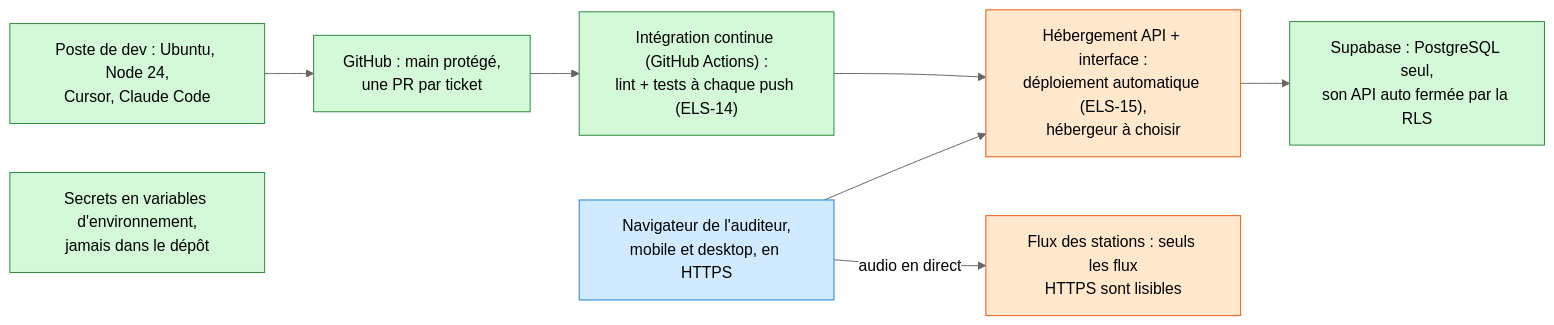
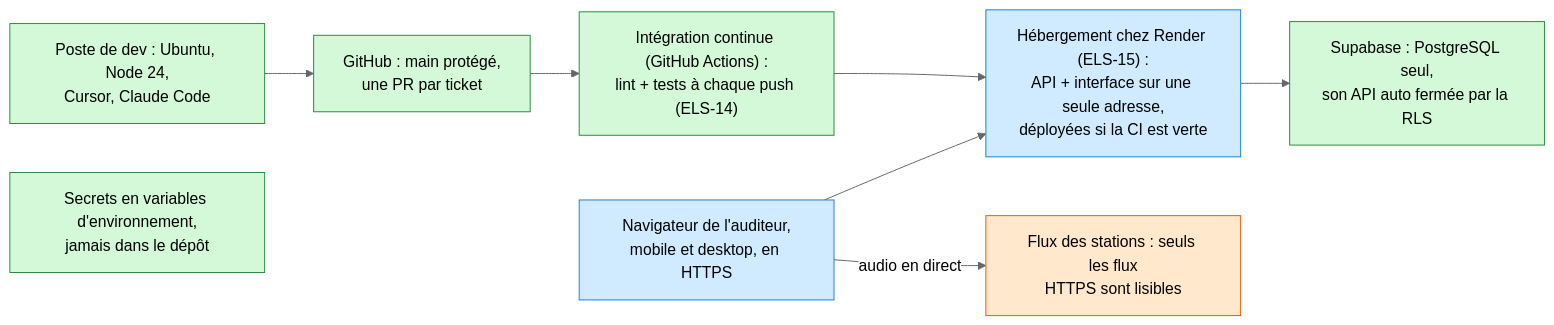
The fourth of 7 diagrams in docs/architecture.md (gvlaurent/elsewhere), drawn with Mermaid (neutral theme) before and after one commit. The commit also changed other lines of this file and 3 other files, not shown here.

First line of the commit message:
feat: met en ligne l'API et l'interface chez Render, seulement si la CI est verte (ELS-15) (#32)

````diff
--- a/docs/architecture.md
+++ b/docs/architecture.md
@@ -113,19 +113,19 @@
 ```mermaid
 flowchart LR
     T1["Poste de dev : Ubuntu, Node 24,<br/>Cursor, Claude Code"]:::code
     T2["GitHub : main protégé,<br/>une PR par ticket"]:::code
     T3["Intégration continue (GitHub Actions) :<br/>lint + tests à chaque push (ELS-14)"]:::code
-    T4["Hébergement API + interface :<br/>déploiement automatique (ELS-15),<br/>hébergeur à choisir"]:::trancher
+    T4["Hébergement chez Render (ELS-15) :<br/>API + interface sur une seule adresse,<br/>déployées si la CI est verte"]:::decide
     T5["Supabase : PostgreSQL seul,<br/>son API auto fermée par la RLS"]:::code
     T6["Secrets en variables d'environnement,<br/>jamais dans le dépôt"]:::code
     T7["Navigateur de l'auditeur,<br/>mobile et desktop, en HTTPS"]:::decide
     T8["Flux des stations : seuls les flux<br/>HTTPS sont lisibles"]:::trancher
 
     T1 --> T2 --> T3 --> T4 --> T5
     T7 --> T4
     T7 -- "audio en direct" --> T8
 
     classDef code fill:#d3f9d8,stroke:#2b8a3e,color:#000
     classDef decide fill:#d0ebff,stroke:#1c7ed6,color:#000
     classDef trancher fill:#ffe8cc,stroke:#e8590c,color:#000
 ```
````
